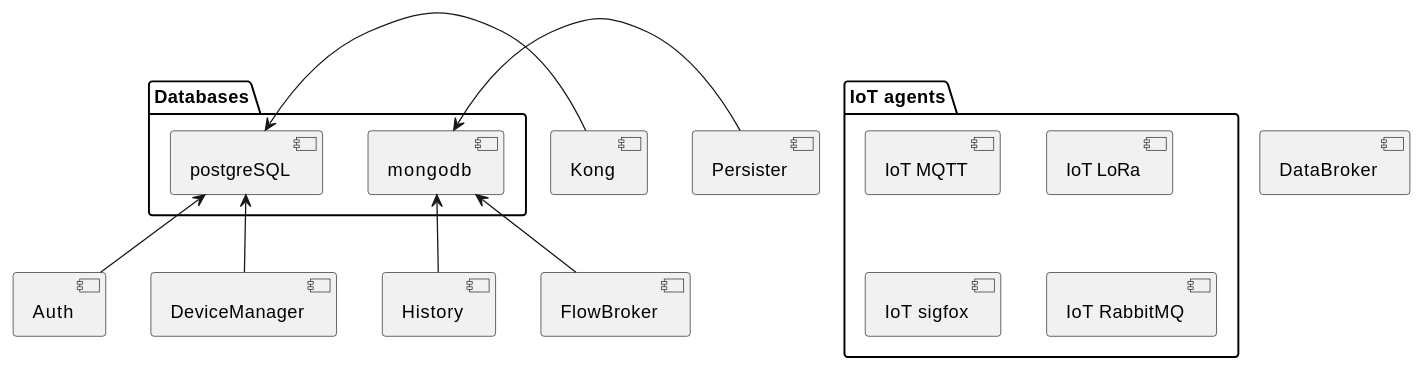
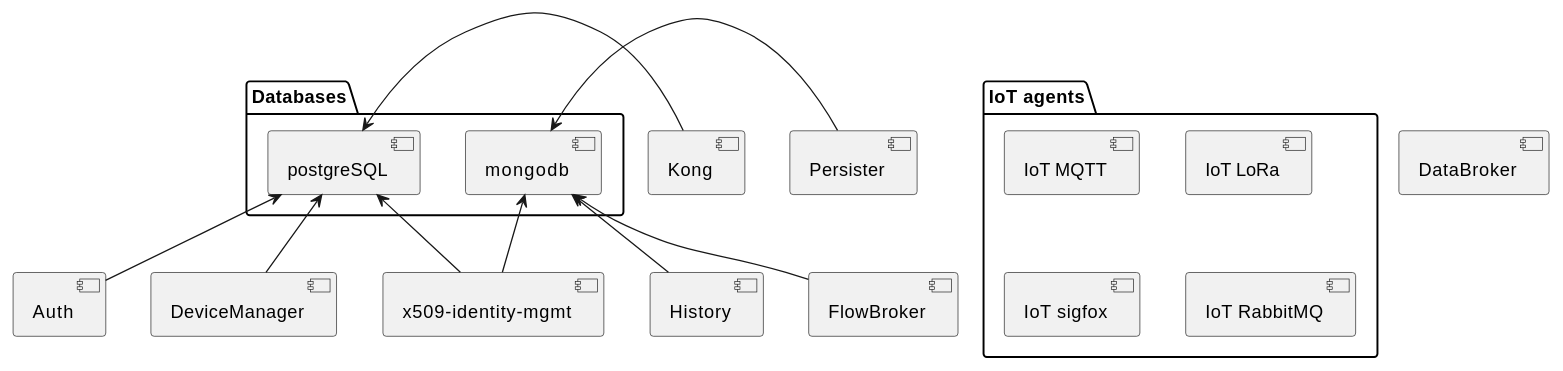
The first of 12 diagrams in source/internal-communication.rst (dojot/docs), drawn with PlantUML before and after one commit. The commit also changed other lines of this file and 1 other file, not shown here.

```diff
--- a/source/internal-communication.rst
+++ b/source/internal-communication.rst
@@ -13,29 +13,32 @@
 .. uml::
     :caption: dojot components
     :align: center
 
 
     [Auth]
     [DeviceManager]
     [Persister]
     [History]
     [DataBroker]
     [FlowBroker]
+    [x509-identity-mgmt]
 
     package "Databases" {
       [mongodb]
       [postgreSQL]
     }
     package "IoT agents" {
       [IoT MQTT]
       [IoT LoRa]
       [IoT sigfox]
       [IoT RabbitMQ]
     }
 
     [postgreSQL] <-- [Auth]
     [postgreSQL] <-- [DeviceManager]
     [postgreSQL] <- [Kong]
+    [postgreSQL] <-- [x509-identity-mgmt]
     [mongodb] <- [Persister]
     [mongodb] <-- [FlowBroker]
     [mongodb] <-- [History]
+    [mongodb] <-- [x509-identity-mgmt]
```
